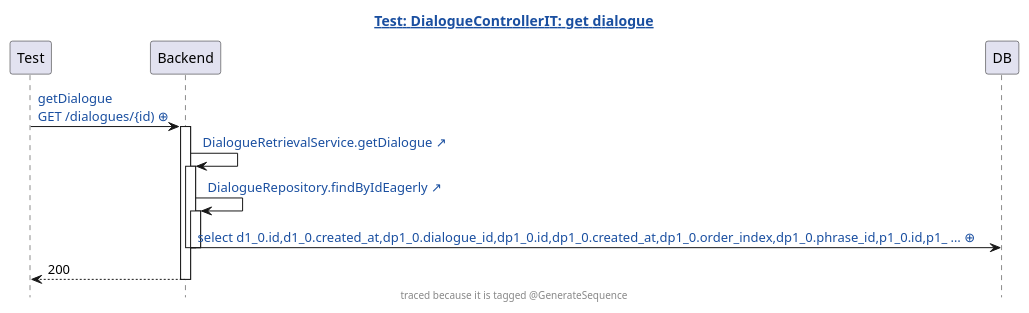
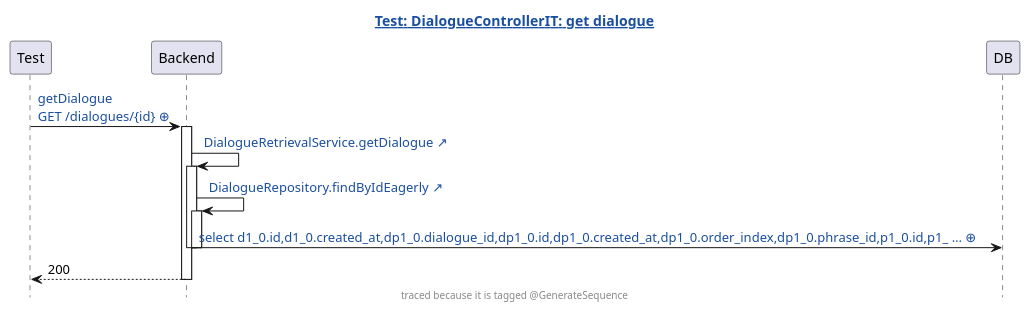
One commit to blbulyandavbulyan/armenian-learning-assistant-be changed the diagram in docs/generated/sequence/DialogueControllerIT.java.get-dialogue.genseq.puml. Above: the diagram before and after it, drawn with PlantUML. The commit also changed 4 other files, not shown here.

Commit message:
fix(genseq): keep braces in route labels; fail loudly on missing test line

```diff
--- a/docs/generated/sequence/DialogueControllerIT.java.get-dialogue.genseq.puml
+++ b/docs/generated/sequence/DialogueControllerIT.java.get-dialogue.genseq.puml
@@ -1,24 +1,24 @@
 @startuml
 ' ⚠️  GENERATED FILE — DO NOT EDIT. Every edit is lost on the next run.
 hide footbox
 skinparam hyperlinkUnderline false
 skinparam hyperlinkColor #1A4FA0
 skinparam sequenceGroupFontColor #888888
 skinparam sequenceGroupFontStyle plain
 title [[src://src/test/java/com/blbulyandavbulyan/larm/api/dialogues/DialogueControllerIT.java:367{Click to open the test} Test: DialogueControllerIT: get dialogue]]
 footer traced because it is tagged @GenerateSequence
 participant Test
 participant Backend
 participant DB
-Test -> Backend: [[genseq://5clhy8d{Click for the request as it was sent} getDialogue\nGET /dialogues/{id) ⊕]]
+Test -> Backend: [[genseq://5clhy8d{Click for the request as it was sent} getDialogue\nGET /dialogues/{id} ⊕]]
 activate Backend
 Backend -> Backend: [[src://src/main/java/com/blbulyandavbulyan/larm/dialogue/DialogueRetrievalService.java:20{Click to open DialogueRetrievalService.getDialogue} DialogueRetrievalService.getDialogue ↗]]
 activate Backend
 Backend -> Backend: [[src://src/main/java/com/blbulyandavbulyan/larm/dao/repository/DialogueRepository.java:19{Click to open DialogueRepository.findByIdEagerly} DialogueRepository.findByIdEagerly ↗]]
 activate Backend
 Backend -> DB: [[genseq://3kn22qw{Click for the statement behind this call} select d1_0.id,d1_0.created_at,dp1_0.dialogue_id,dp1_0.id,dp1_0.created_at,dp1_0.order_index,dp1_0.phrase_id,p1_0.id,p1_ … ⊕]]
 deactivate Backend
 deactivate Backend
 Backend --> Test: 200
 deactivate Backend
 @enduml
```
